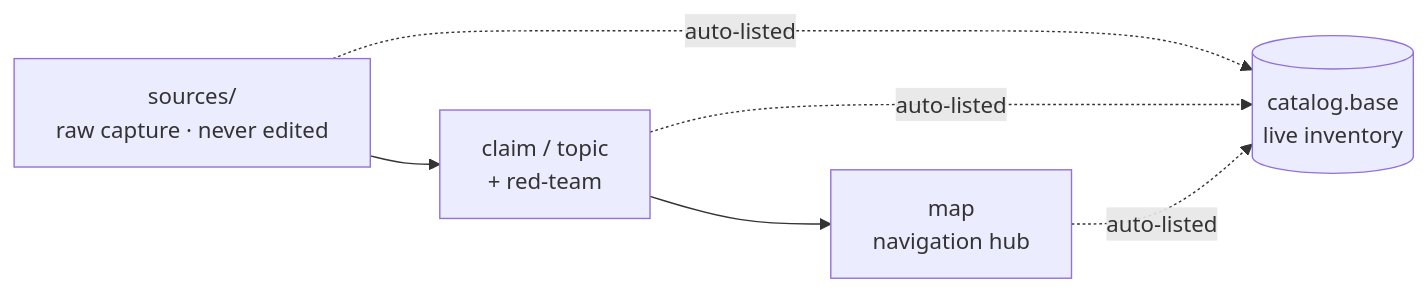
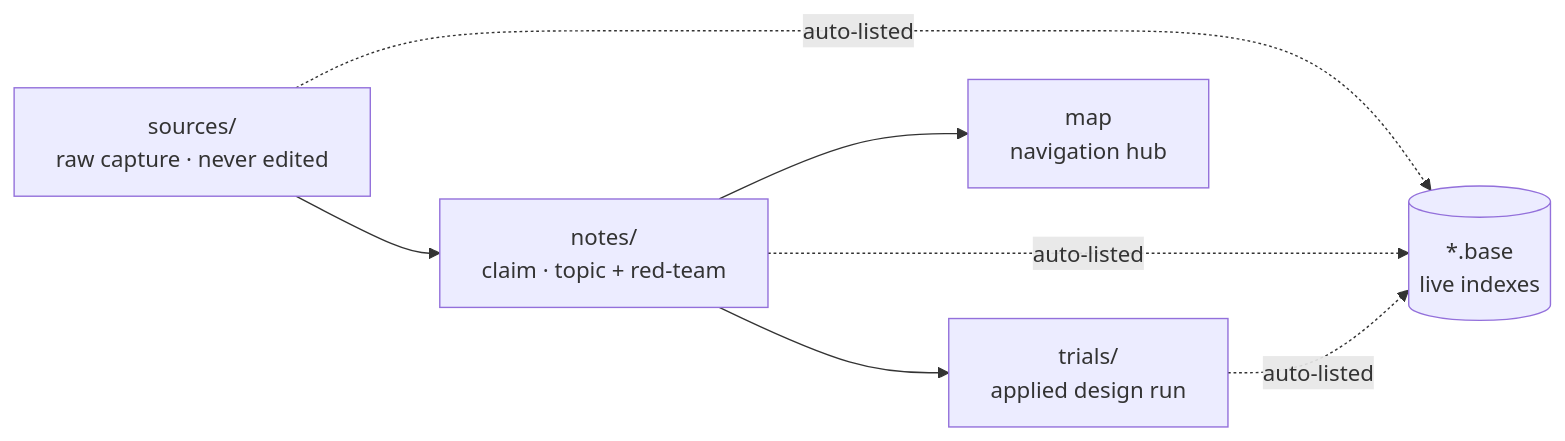
The first of 4 diagrams in srtp_docs/SCHEMA.md (poetandsinger/SRTP_PowerElectronicsAI), drawn with Mermaid before and after one commit. The commit also changed other lines of this file and 189 other files, not shown here.

First line of the commit message:
Refactor vault: stage-based folders, bare-basename links, base indexes

````diff
--- a/srtp_docs/SCHEMA.md
+++ b/srtp_docs/SCHEMA.md
@@ -35,8 +34,9 @@
 ```mermaid
 graph LR
-    SRC["sources/<br/>raw capture · never edited"] --> CLM["claim / topic<br/>+ red-team"]
-    CLM --> MAP["map<br/>navigation hub"]
-    SRC -. auto-listed .-> CAT[("catalog.base<br/>live inventory")]
-    CLM -. auto-listed .-> CAT
-    MAP -. auto-listed .-> CAT
+    SRC["sources/<br/>raw capture · never edited"] --> NOTE["notes/<br/>claim · topic + red-team"]
+    NOTE --> TRIAL["trials/<br/>applied design run"]
+    NOTE --> MAP["map<br/>navigation hub"]
+    SRC -. auto-listed .-> CAT[("*.base<br/>live indexes")]
+    NOTE -. auto-listed .-> CAT
+    TRIAL -. auto-listed .-> CAT
 ```
````
